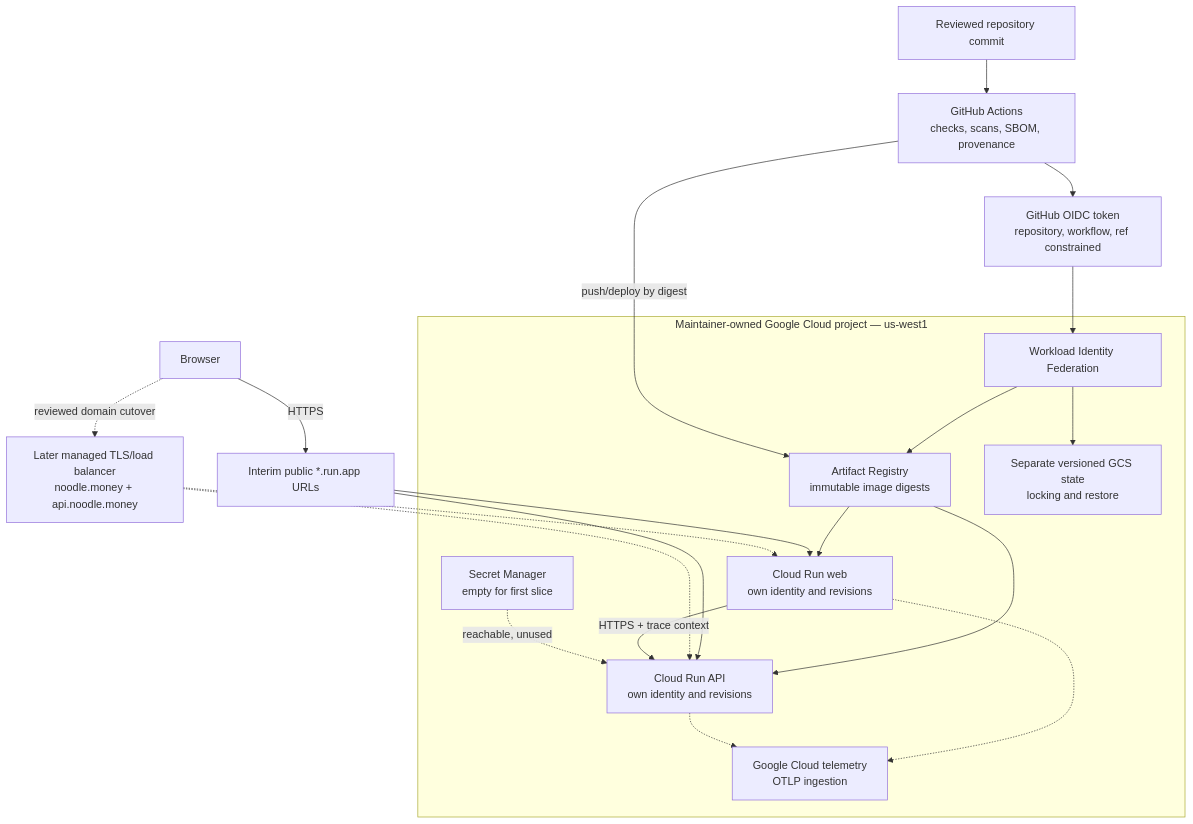
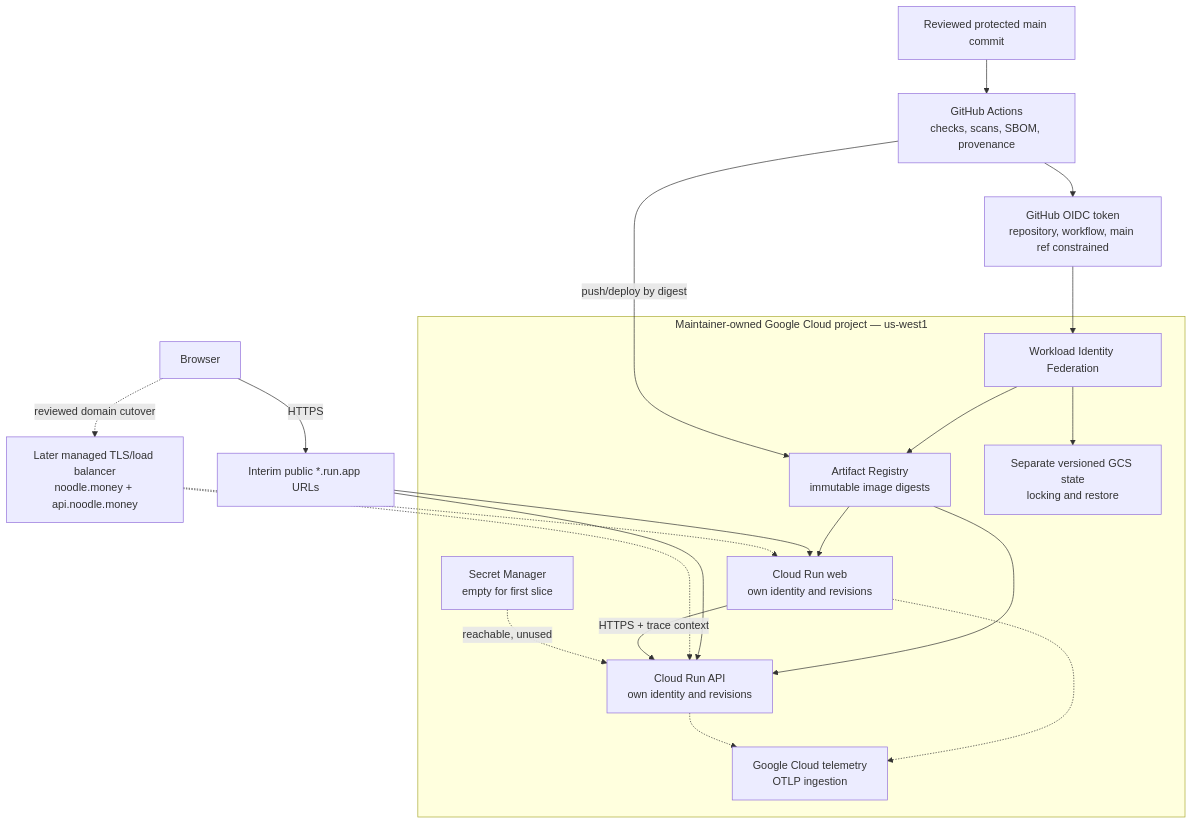
Before and after one commit to money-noodle/money-noodle: the third of 9 diagrams in docs/architecture/overview.md, drawn with Mermaid. The commit also changed other lines of this file and 19 other files, not shown here.

````diff
--- a/docs/architecture/overview.md
+++ b/docs/architecture/overview.md
@@ -154,38 +156,38 @@
 ```mermaid
 flowchart TB
-    git["Reviewed repository commit"]
+    git["Reviewed protected main commit"]
     ci["GitHub Actions<br/>checks, scans, SBOM, provenance"]
-    oidc["GitHub OIDC token<br/>repository, workflow, ref constrained"]
+    oidc["GitHub OIDC token<br/>repository, workflow, main ref constrained"]
 
     subgraph gcp["Maintainer-owned Google Cloud project — us-west1"]
         wif["Workload Identity Federation"]
         registry["Artifact Registry<br/>immutable image digests"]
         state["Separate versioned GCS state<br/>locking and restore"]
         secrets["Secret Manager<br/>empty for first slice"]
         webService["Cloud Run web<br/>own identity and revisions"]
         apiService["Cloud Run API<br/>own identity and revisions"]
         telemetry["Google Cloud telemetry<br/>OTLP ingestion"]
     end
 
     browser["Browser"]
     interim["Interim public *.run.app URLs"]
     target["Later managed TLS/load balancer<br/>noodle.money + api.noodle.money"]
 
     git --> ci
     ci --> oidc --> wif
     wif --> registry
     wif --> state
     ci -->|push/deploy by digest| registry
     registry --> webService
     registry --> apiService
     browser -->|HTTPS| interim
     browser -. "reviewed domain cutover" .-> target
     interim --> webService
     interim --> apiService
     target -.-> webService
     target -.-> apiService
     webService -->|HTTPS + trace context| apiService
     secrets -. "reachable, unused" .-> apiService
     webService -.-> telemetry
     apiService -.-> telemetry
 ```
````
